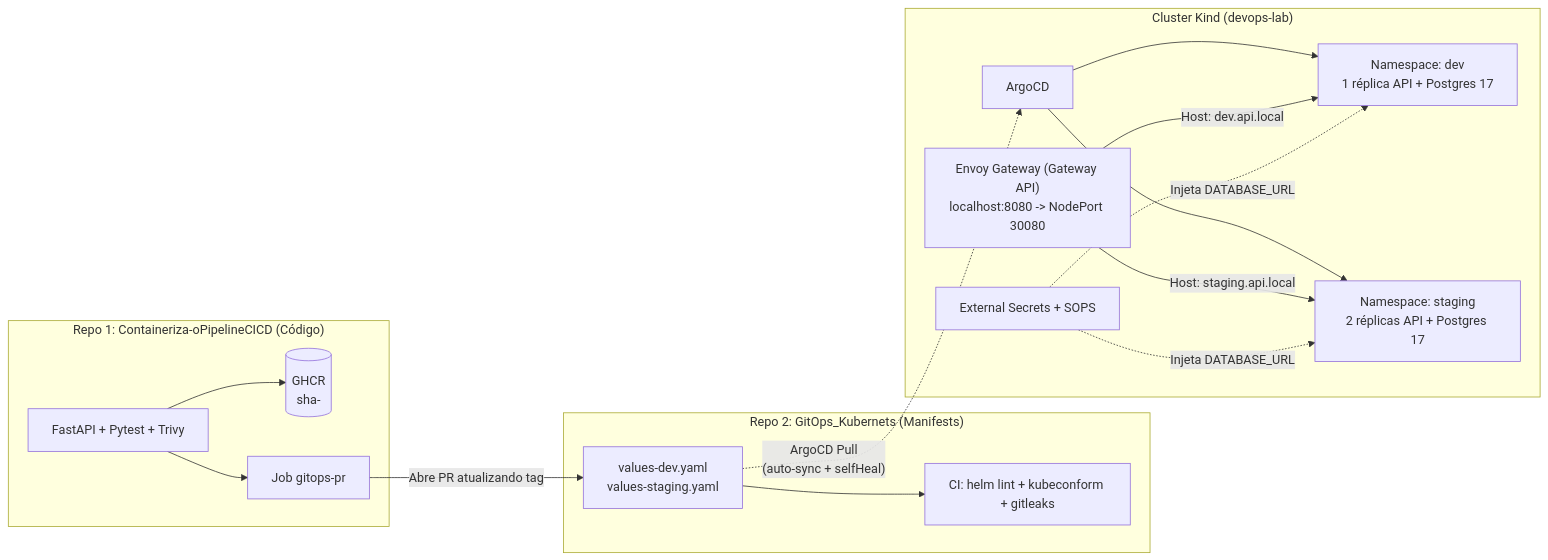
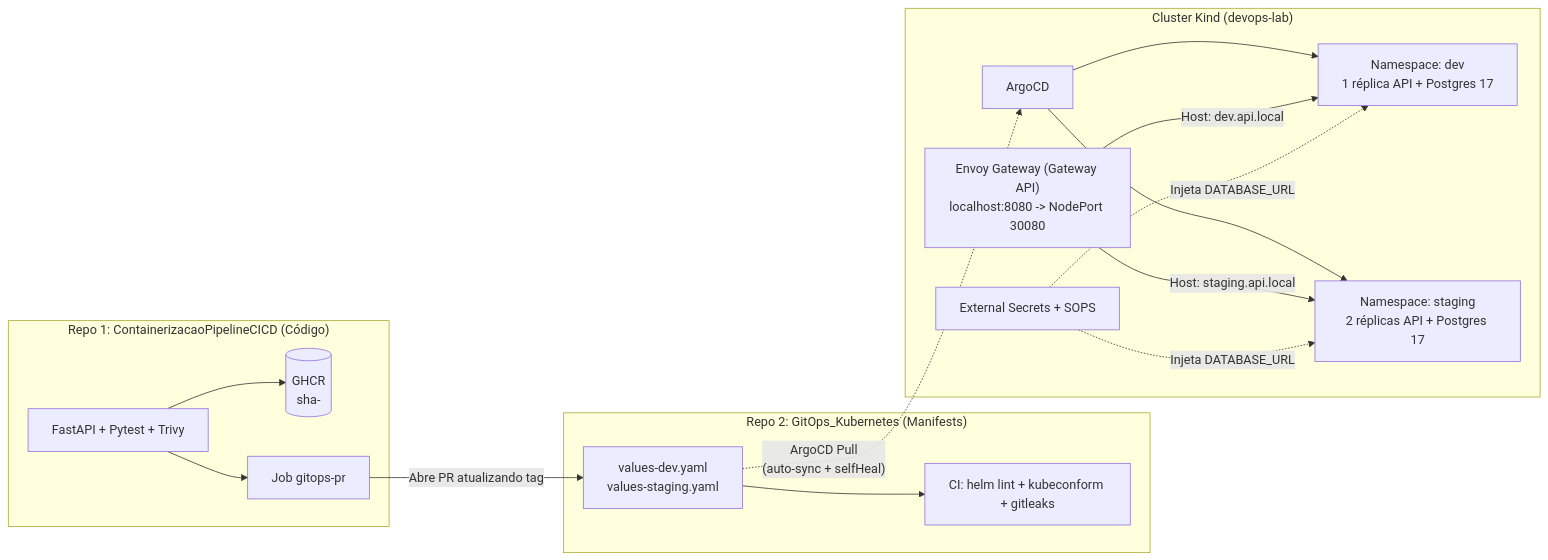
The diagram in README.md (Gabriel-V-Mendes/GitOps_Kubernetes), drawn with Mermaid before and after one commit. The commit also changed other lines of this file and 5 other files, not shown here.

````diff
--- a/README.md
+++ b/README.md
@@ -24,21 +24,21 @@
 ```mermaid
 flowchart LR
-    subgraph Repo1["Repo 1: Containeriza-oPipelineCICD (Código)"]
+    subgraph Repo1["Repo 1: ContainerizacaoPipelineCICD (Código)"]
         Code["FastAPI + Pytest + Trivy"] --> GHCR[("GHCR\nsha-<commit>")]
         Code --> PRBot["Job gitops-pr"]
     end
 
-    subgraph Repo2["Repo 2: GitOps_Kubernets (Manifests)"]
+    subgraph Repo2["Repo 2: GitOps_Kubernetes (Manifests)"]
         PRBot -->|"Abre PR atualizando tag"| Values["values-dev.yaml\nvalues-staging.yaml"]
         Values --> CIManifests["CI: helm lint + kubeconform + gitleaks"]
     end
 
     subgraph Kind["Cluster Kind (devops-lab)"]
         Values -. "ArgoCD Pull\n(auto-sync + selfHeal)" .-> Argo["ArgoCD"]
         Argo --> Dev["Namespace: dev\n1 réplica API + Postgres 17"]
         Argo --> Stg["Namespace: staging\n2 réplicas API + Postgres 17"]
         EG["Envoy Gateway (Gateway API)\nlocalhost:8080 -> NodePort 30080"] -->|"Host: dev.api.local"| Dev
         EG -->|"Host: staging.api.local"| Stg
         ESO["External Secrets + SOPS"] -. "Injeta DATABASE_URL" .-> Dev & Stg
     end
 ```
````
